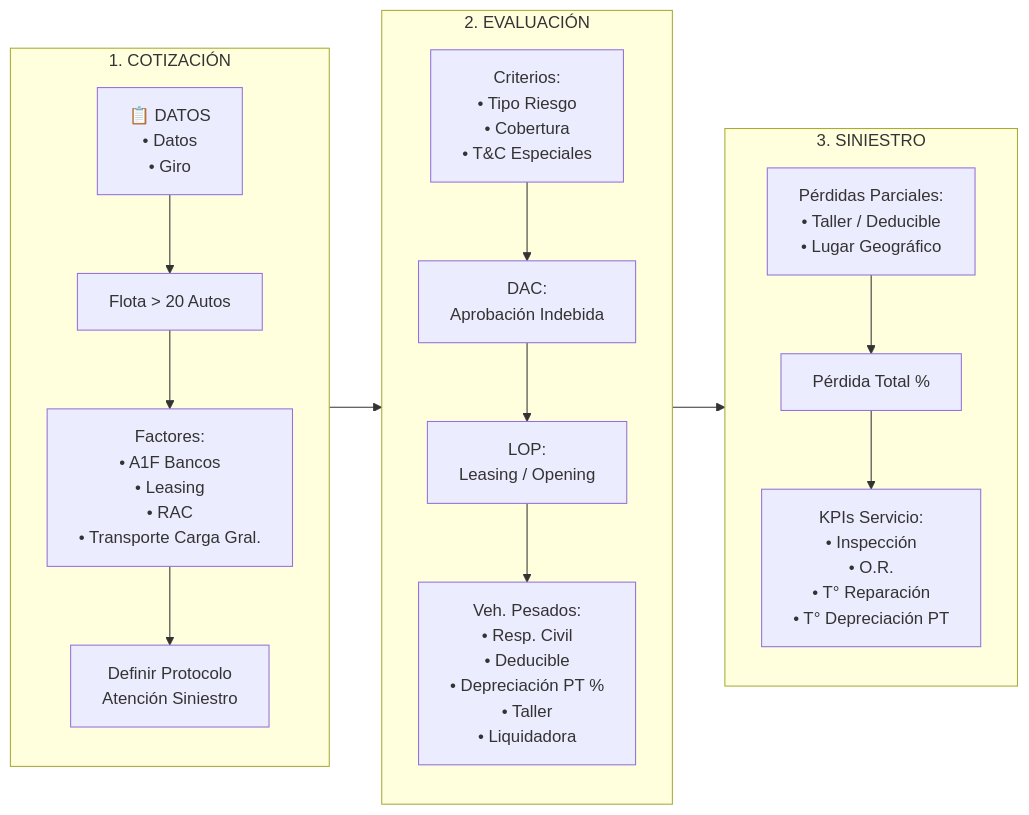
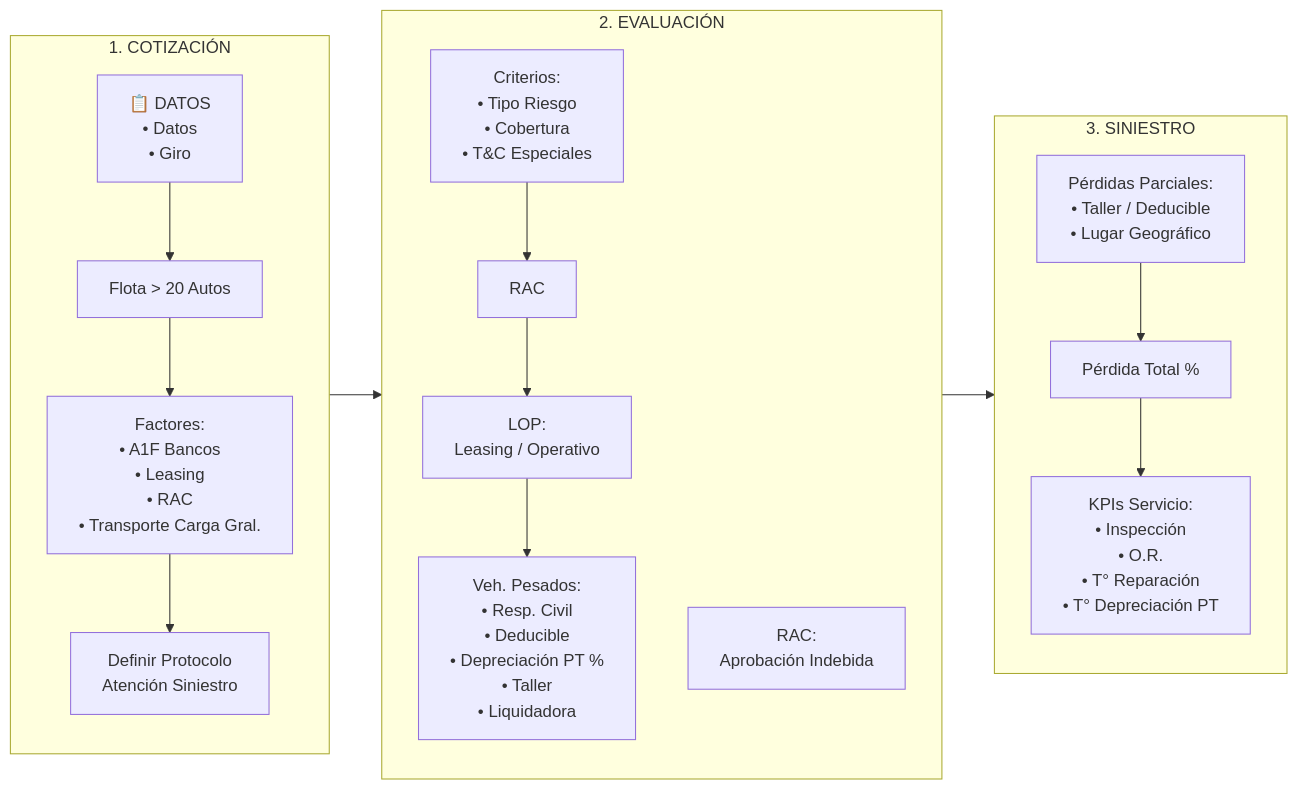
The diagram in README.md (nicolascerpa7-lab/Siniestro-BCI), drawn with Mermaid before and after one commit.

````diff
--- a/README.md
+++ b/README.md
@@ -4,39 +4,39 @@
 ```mermaid
 flowchart LR
     subgraph COTIZACION["1. COTIZACIÓN"]
         direction TB
         DATOS["📋 DATOS<br/>• Datos<br/>• Giro"]
         REQUISITO["Flota > 20 Autos"]
         FACTORES["Factores:<br/>• A1F Bancos<br/>• Leasing<br/>• RAC<br/>• Transporte Carga Gral."]
         PROTOCOLO["Definir Protocolo<br/>Atención Siniestro"]
         
         DATOS --> REQUISITO
         REQUISITO --> FACTORES
         FACTORES --> PROTOCOLO
     end
     
     subgraph EVALUACION["2. EVALUACIÓN"]
         direction TB
         CRITERIOS["Criterios:<br/>• Tipo Riesgo<br/>• Cobertura<br/>• T&C Especiales"]
-        DAC["DAC:<br/>Aprobación Indebida"]
-        LOP["LOP:<br/>Leasing / Opening"]
+        DAC["RAC:<br/>Aprobación Indebida"]
+        LOP["LOP:<br/>Leasing / Operativo"]
         PESADOS["Veh. Pesados:<br/>• Resp. Civil<br/>• Deducible<br/>• Depreciación PT %<br/>• Taller<br/>• Liquidadora"]
         
-        CRITERIOS --> DAC
-        DAC --> LOP
+        CRITERIOS --> RAC
+        RAC --> LOP
         LOP --> PESADOS
     end
     
     subgraph SINIESTRO["3. SINIESTRO"]
         direction TB
         PARCIALES["Pérdidas Parciales:<br/>• Taller / Deducible<br/>• Lugar Geográfico"]
         TOTAL["Pérdida Total %"]
         KPIS["KPIs Servicio:<br/>• Inspección<br/>• O.R.<br/>• T° Reparación<br/>• T° Depreciación PT"]
         
         PARCIALES --> TOTAL
         TOTAL --> KPIS
     end
     
     COTIZACION --> EVALUACION
     EVALUACION --> SINIESTRO
 ```
````
